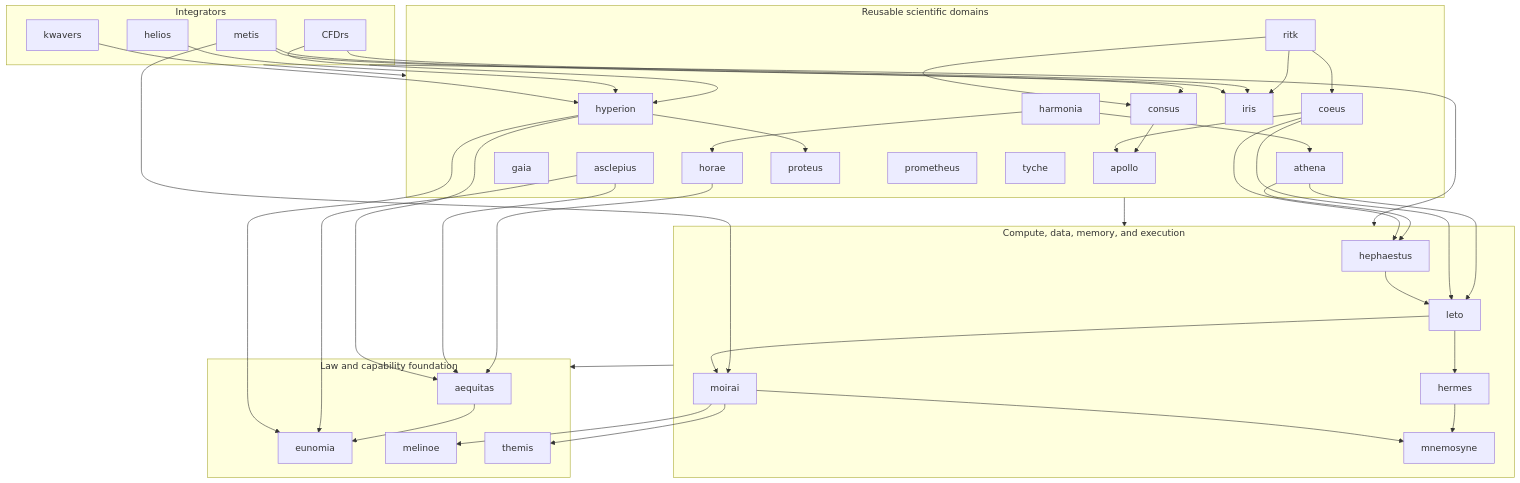
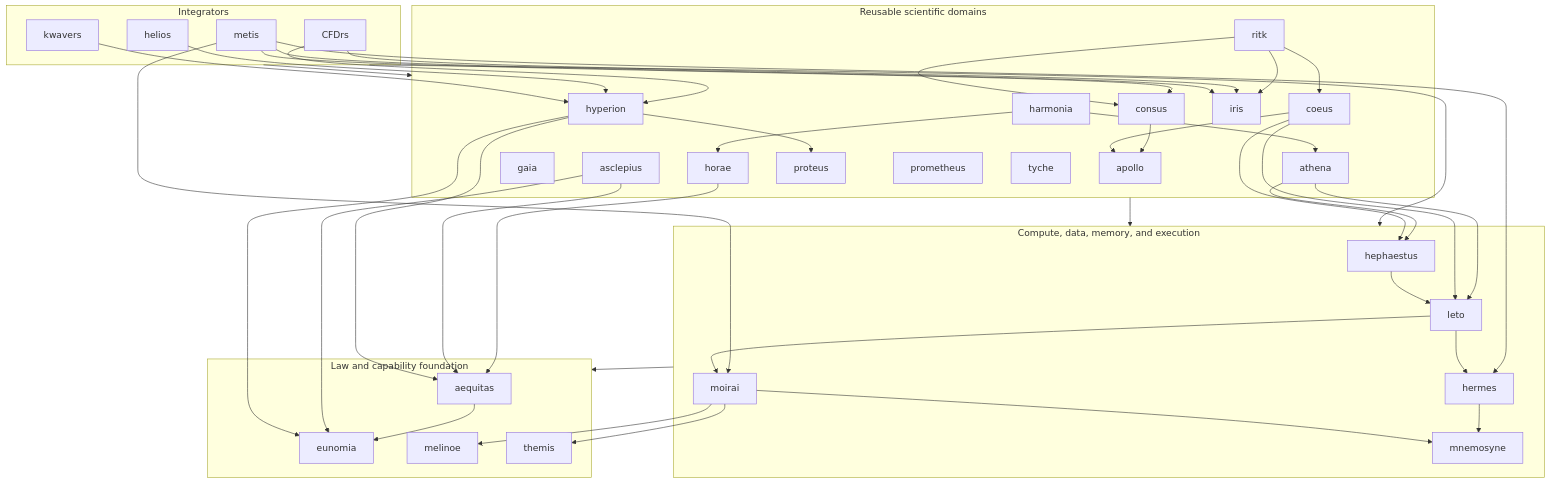
One commit to ryancinsight/atlas changed the diagram in README.md. Above: the diagram before and after it, drawn with Mermaid.

Commit message:
docs(atlas): Add the metis to hermes dependency edge
metis-platform now enters hermes_simd::vectorize for raster kernels
(metis ADR 0053), so the stack map gains the edge.

Refs: metis backlog.md#METIS-PERF-001

````diff
--- a/README.md
+++ b/README.md
@@ -151,78 +151,79 @@
 ```mermaid
 flowchart TB
     subgraph Integrators
         CFDrs
         helios
         kwavers
         metis
     end
 
     subgraph Domains["Reusable scientific domains"]
         apollo
         asclepius
         coeus
         consus
         gaia
         harmonia
         hyperion
         horae
         iris
         athena
         proteus
         prometheus
         ritk
         tyche
     end
 
     subgraph Compute["Compute, data, memory, and execution"]
         hephaestus
         hermes
         leto
         mnemosyne
         moirai
     end
 
     subgraph Foundation["Law and capability foundation"]
         aequitas
         eunomia
         melinoe
         themis
     end
 
     Integrators --> Domains
     metis --> consus
     ritk --> consus
     consus --> apollo
     Integrators --> Compute
     Domains --> Compute
     Compute --> Foundation
     aequitas --> eunomia
     horae --> aequitas
     athena --> leto
     athena --> hephaestus
     harmonia --> horae
     harmonia --> athena
     asclepius --> aequitas
     asclepius --> eunomia
     hyperion --> aequitas
     hyperion --> eunomia
     hyperion --> proteus
     CFDrs --> hyperion
     helios --> hyperion
     kwavers --> hyperion
     ritk --> iris
     CFDrs --> iris
     metis --> iris
     metis --> moirai
+    metis --> hermes
     coeus --> apollo
     coeus --> leto
     coeus --> hephaestus
     ritk --> coeus
     hephaestus --> leto
     leto --> hermes
     leto --> moirai
     hermes --> mnemosyne
     moirai --> mnemosyne
     moirai --> melinoe
     moirai --> themis
 ```
````
